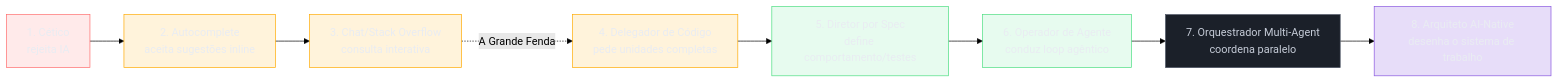
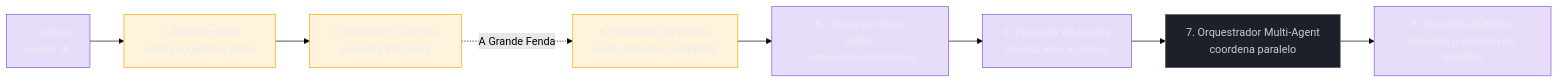
The diagram in 03-Dominios/Tecnologia/IA/Modelo de Maturidade AI - Steve Yegge.md (josenaldo/codex-technomanticus), drawn with Mermaid (forest theme) before and after one commit. The commit also changed 601 other files, not shown here.

````diff
--- a/03-Dominios/Tecnologia/IA/Modelo de Maturidade AI - Steve Yegge.md
+++ b/03-Dominios/Tecnologia/IA/Modelo de Maturidade AI - Steve Yegge.md
@@ -70,24 +70,22 @@
 ```mermaid
 flowchart LR
-    classDef falha fill:#FF6B6B24,stroke:#FF6B6B,color:#E9ECF2
     classDef destaque fill:#FFAA0024,stroke:#FFAA00,color:#E9ECF2
-    classDef ok fill:#4ADE8021,stroke:#4ADE80,color:#E9ECF2
     classDef neutro fill:#1B2029,stroke:#4E5666,color:#C6CCD8
     classDef marca fill:#8855DF33,stroke:#8855DF,color:#E9ECF2
     E1["1. Cético<br/>rejeita IA"] --> E2["2. Autocomplete<br/>aceita sugestões inline"]
     E2 --> E3["3. Chat/Stack Overflow<br/>consulta interativa"]
     E3 -. A Grande Fenda .-> E4["4. Delegador de Código<br/>pede unidades completas"]
     E4 --> E5["5. Diretor por Spec<br/>define comportamento/testes"]
     E5 --> E6["6. Operador de Agente<br/>conduz loop agêntico"]
     E6 --> E7["7. Orquestrador Multi-Agent<br/>coordena paralelo"]
     E7 --> E8["8. Arquiteto AI-Native<br/>desenha o sistema de trabalho"]
 
-    class E1 falha
+    class E1 marca
     class E2 destaque
     class E3 destaque
     class E4 destaque
-    class E5 ok
-    class E6 ok
+    class E5 marca
+    class E6 marca
     class E7 neutro
     class E8 marca
 ```
````
